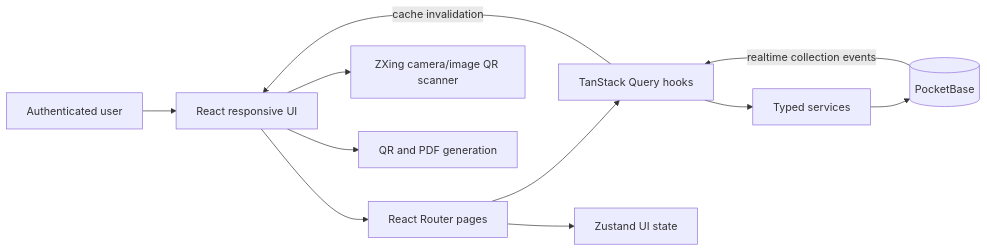
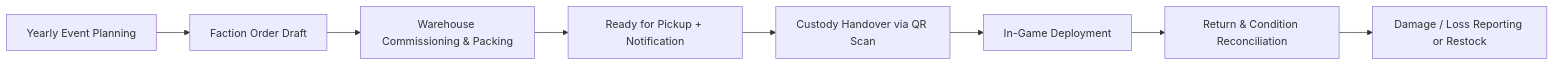
The first of 5 diagrams in REQUIREMENTS_ARCHITECTURE.md (Voxel07/inventory), drawn with Mermaid before and after one commit. The commit also changed other lines of this file and 1 other file, not shown here.

````diff
--- a/REQUIREMENTS_ARCHITECTURE.md
+++ b/REQUIREMENTS_ARCHITECTURE.md
@@ -65,13 +21,10 @@
 ```mermaid
 flowchart LR
-    U[Authenticated user] --> UI[React responsive UI]
-    UI --> R[React Router pages]
-    R --> Q[TanStack Query hooks]
-    R --> Z[Zustand UI state]
-    Q --> S[Typed services]
-    S --> PB[(PocketBase)]
-    PB -- realtime collection events --> Q
-    Q -- cache invalidation --> UI
-    UI --> QR[ZXing camera/image QR scanner]
-    UI --> PDF[QR and PDF generation]
+    A[Yearly Event Planning] --> B[Faction Order Draft]
+    B --> C[Warehouse Commissioning & Packing]
+    C --> D[Ready for Pickup + Notification]
+    D --> E[Custody Handover via QR Scan]
+    E --> F[In-Game Deployment]
+    F --> G[Return & Condition Reconciliation]
+    G --> H[Damage / Loss Reporting or Restock]
 ```
````
